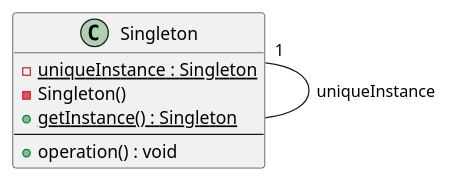
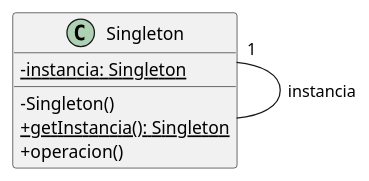
Before and after one commit to INGCOM-UNRN-PII/INGCOM-UNRN-PII.github.io: the first of 2 diagrams in parte_4/creacionales/singleton.md, drawn with PlantUML. The commit also changed other lines of this file and 4 other files, not shown here.

````diff
--- a/parte_4/creacionales/singleton.md
+++ b/parte_4/creacionales/singleton.md
@@ -112,14 +78,14 @@
 ```plantuml
 @startuml
+skinparam classAttributeIconSize 0
+
 class Singleton {
-  - {static} uniqueInstance : Singleton
+  - {static} instancia: Singleton
   - Singleton()
-  + {static} getInstance() : Singleton
-  --
-  + operation() : void
+  + {static} getInstancia(): Singleton
+  + operacion()
 }
 
-Singleton "1" -- Singleton : uniqueInstance
-
+Singleton "1" -- Singleton : instancia
 @enduml
 ```
````
